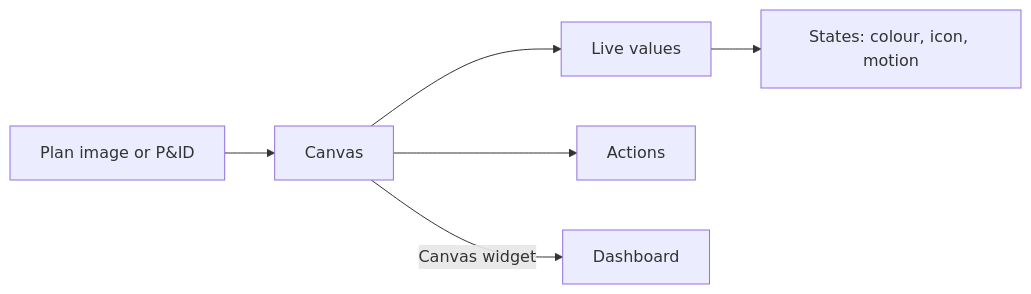
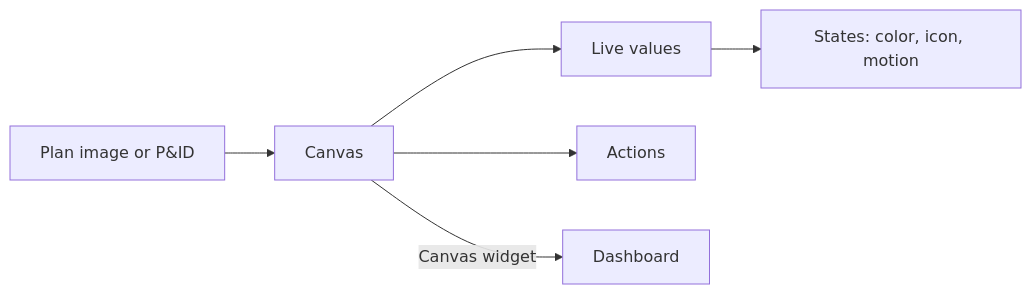
The diagram in docs/visualize/canvas/index.mdx (nimbit-platform/nimbit-docs), drawn with Mermaid before and after one commit. The commit also changed other lines of this file and 18 other files, not shown here.

````diff
--- a/docs/visualize/canvas/index.mdx
+++ b/docs/visualize/canvas/index.mdx
@@ -13,8 +13,8 @@
 ```mermaid
 flowchart LR
   P[Plan image or P&ID] --> C[Canvas]
   C --> V[Live values]
-  V --> S[States: colour, icon, motion]
+  V --> S[States: color, icon, motion]
   C --> A[Actions]
   C -->|Canvas widget| D[Dashboard]
 ```
````
